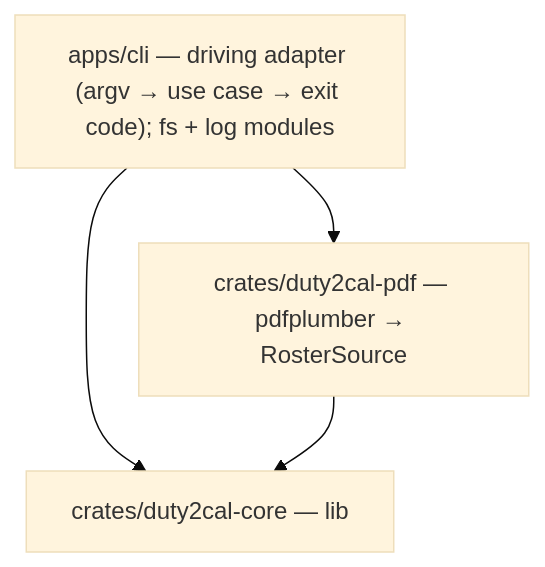
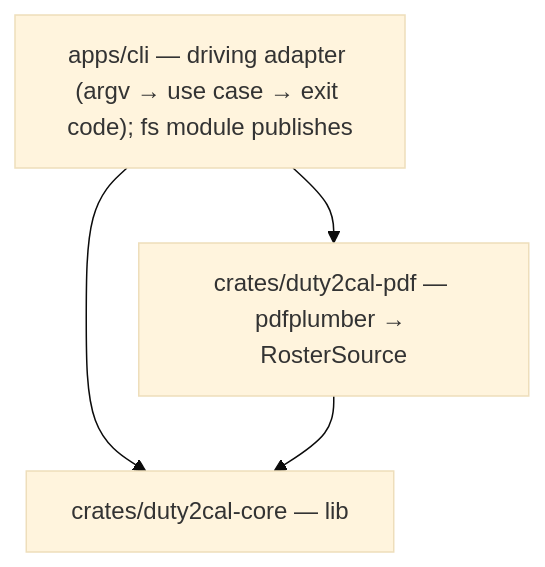
One commit to duty2cal/duty2cal changed the diagram in docs/arc42/05-building-block-view.md. Above: the diagram before and after it, drawn with Mermaid (base theme). The commit also changed other lines of this file and 10 other files, not shown here.

First line of the commit message:
docs: correct the architecture documentation against the implementation

````diff
--- a/docs/arc42/05-building-block-view.md
+++ b/docs/arc42/05-building-block-view.md
@@ -5,9 +5,9 @@
 ```mermaid
 flowchart TB
-  CLI["apps/cli — driving adapter (argv → use case → exit code); fs + log modules"]
+  CLI["apps/cli — driving adapter (argv → use case → exit code); fs module publishes"]
   PDF["crates/duty2cal-pdf — pdfplumber → RosterSource"]
   CORE["crates/duty2cal-core — lib"]
   CLI --> CORE
   CLI --> PDF
   PDF --> CORE
 ```
````
